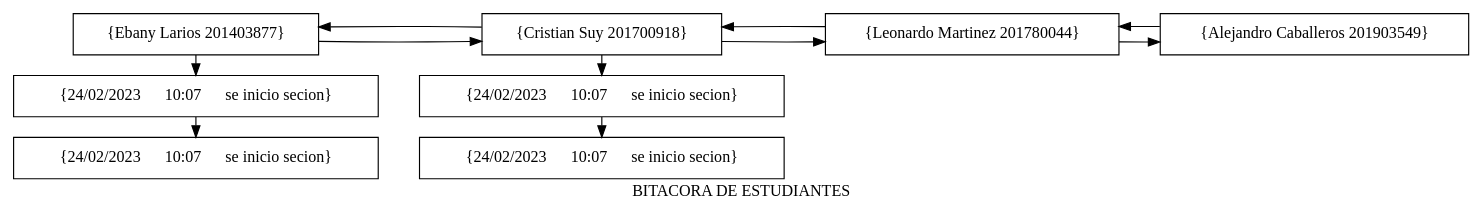
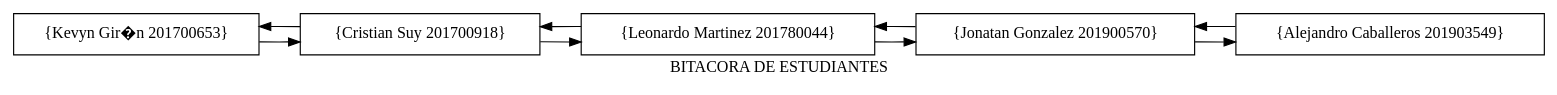
Before and after one commit to Nahomi-Aparicio/EDD_1S2023_PY_202113293_F1: the diagram in EDD_Proyecto1_Fase1/lista.dot, drawn with Graphviz. The commit also changed 15 other files, not shown here.

```diff
--- a/EDD_Proyecto1_Fase1/lista.dot
+++ b/EDD_Proyecto1_Fase1/lista.dot
@@ -1,27 +1,18 @@
 digraph G {
 rankdir=LR;
 node [shape=box];
 label = "BITACORA DE ESTUDIANTES";
-201403877[label="{Ebany Larios 201403877}"];
-201403877 -> 201700918;
-201700918 -> 201403877;
-{ rank=same 
- 201403878[label="{24/02/2023      10:07      se inicio secion}"];
-201403877 -> 201403878;
-}{ rank=same 
- 201403879[label="{24/02/2023      10:07      se inicio secion}"];
-201403878 -> 201403879;
-}201700918[label="{Cristian Suy 201700918}"];
+201700653[label="{Kevyn Gir�n 201700653}"];
+201700653 -> 201700918;
+201700918 -> 201700653;
+201700918[label="{Cristian Suy 201700918}"];
 201700918 -> 201780044;
 201780044 -> 201700918;
-{ rank=same 
- 201700919[label="{24/02/2023      10:07      se inicio secion}"];
-201700918 -> 201700919;
-}{ rank=same 
- 201700920[label="{24/02/2023      10:07      se inicio secion}"];
-201700919 -> 201700920;
-}201780044[label="{Leonardo Martinez 201780044}"];
-201780044 -> 201903549;
-201903549 -> 201780044;
+201780044[label="{Leonardo Martinez 201780044}"];
+201780044 -> 201900570;
+201900570 -> 201780044;
+201900570[label="{Jonatan Gonzalez 201900570}"];
+201900570 -> 201903549;
+201903549 -> 201900570;
 201903549[label="{Alejandro Caballeros 201903549}"];
 }
```
